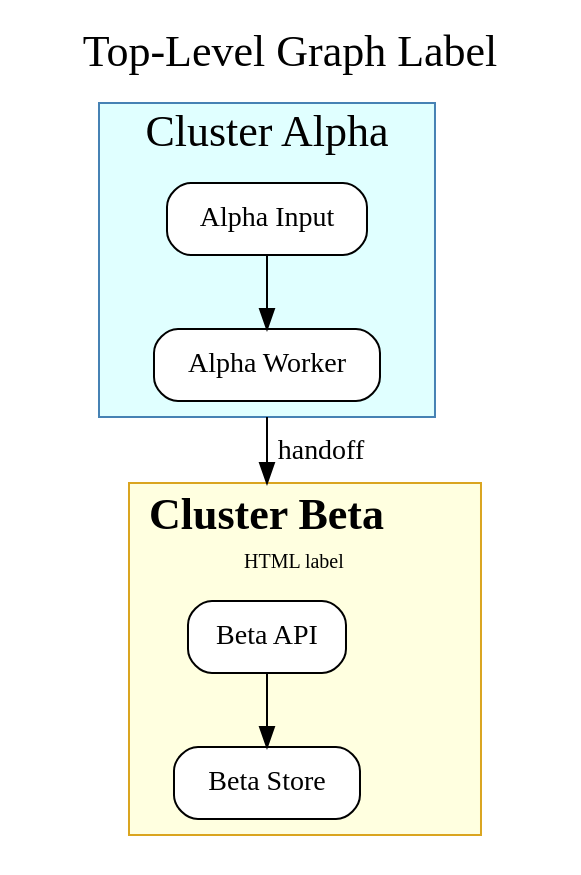
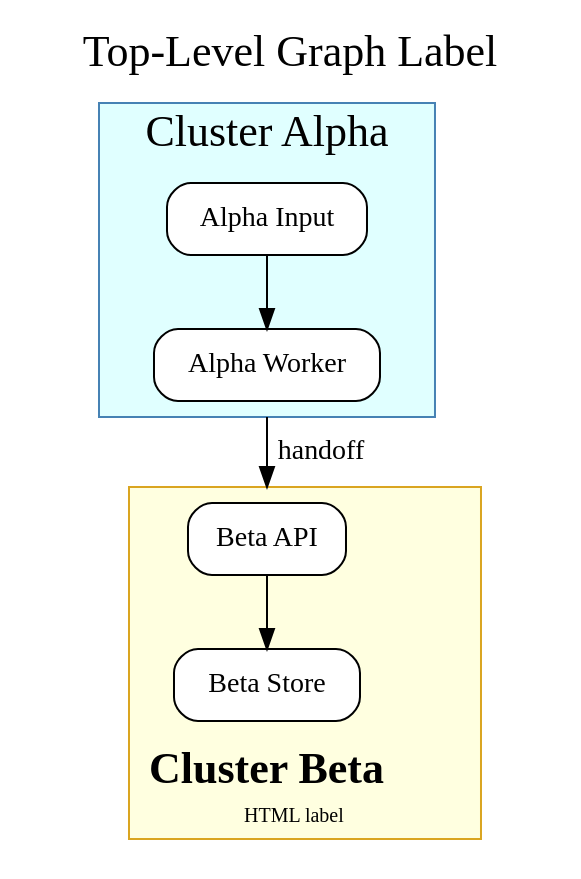
Before and after one commit to mert-kurttutan/layout: the diagram in inputs/graph_cluster_label_demo.dot, drawn with Graphviz. The commit also changed 5 other files, not shown here.

Commit message:
Support graph and cluster labelloc

```diff
--- a/inputs/graph_cluster_label_demo.dot
+++ b/inputs/graph_cluster_label_demo.dot
@@ -1,37 +1,38 @@
 digraph GraphClusterLabelDemo {
     label="Top-Level Graph Label";
     labelloc=t;
     fontsize=22;
     compound=true;
 
     node [shape=box, style="rounded,filled", fillcolor=white];
 
     subgraph cluster_alpha {
         label="Cluster Alpha";
         style=filled;
         fillcolor=lightcyan;
         color=steelblue;
 
         a1 [label="Alpha Input"];
         a2 [label="Alpha Worker"];
         a1 -> a2;
     }
 
     subgraph cluster_beta {
         label=<
             <TABLE BORDER="0" CELLBORDER="0" CELLSPACING="0">
                 <TR><TD><B>Cluster Beta</B></TD></TR>
                 <TR><TD><FONT POINT-SIZE="10">HTML label</FONT></TD></TR>
             </TABLE>
         >;
+        labelloc=b;
         style=filled;
         fillcolor=lightyellow;
         color=goldenrod;
 
         b1 [label="Beta API"];
         b2 [label="Beta Store"];
         b1 -> b2;
     }
 
     a2 -> b1 [label="handoff", ltail=cluster_alpha, lhead=cluster_beta];
 }
```
